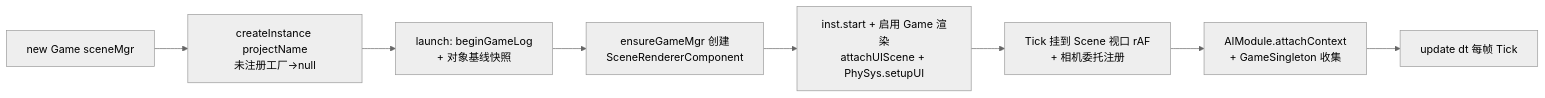
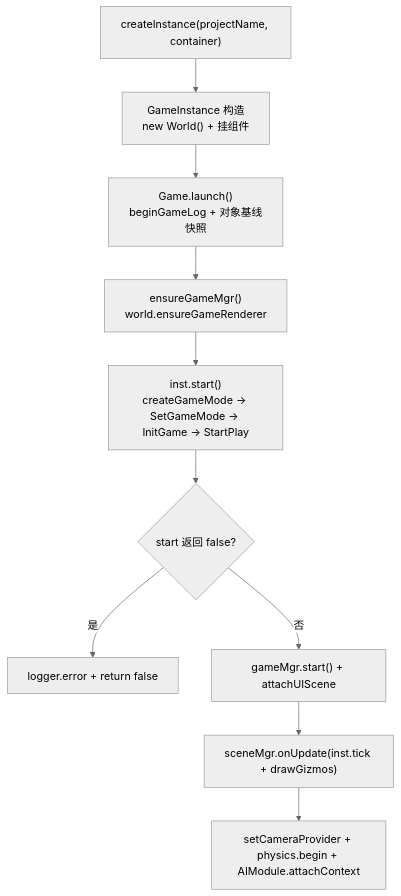
One commit to Kaplc/DemoStudio changed the first of 2 diagrams in doc/engine/gameflow_system.md. Above: the diagram before and after it, drawn with Mermaid (neutral theme). The commit also changed other lines of this file and 38 other files, not shown here.

````diff
--- a/doc/engine/gameflow_system.md
+++ b/doc/engine/gameflow_system.md
@@ -72,10 +41,12 @@
 ```mermaid
-flowchart LR
-    A[new Game sceneMgr] --> B[createInstance projectName<br/>未注册工厂→null]
-    B --> C[launch: beginGameLog<br/>+ 对象基线快照]
-    C --> D[ensureGameMgr 创建<br/>SceneRendererComponent]
-    D --> E[inst.start + 启用 Game 渲染<br/>attachUIScene + PhySys.setupUI]
-    E --> F[Tick 挂到 Scene 视口 rAF<br/>+ 相机委托注册]
-    F --> G[AIModule.attachContext<br/>+ GameSingleton 收集]
-    G --> H[update dt 每帧 Tick]
+flowchart TD
+    A["createInstance(projectName, container)"] --> B["GameInstance 构造<br/>new World() + 挂组件"]
+    B --> C["Game.launch()<br/>beginGameLog + 对象基线快照"]
+    C --> D["ensureGameMgr()<br/>world.ensureGameRenderer"]
+    D --> E["inst.start()<br/>createGameMode → SetGameMode → InitGame → StartPlay"]
+    E --> F{"start 返回 false?"}
+    F -->|是| G["logger.error + return false"]
+    F -->|否| H["gameMgr.start() + attachUIScene"]
+    H --> I["sceneMgr.onUpdate(inst.tick + drawGizmos)"]
+    I --> J["setCameraProvider + physics.begin + AIModule.attachContext"]
 ```
````
